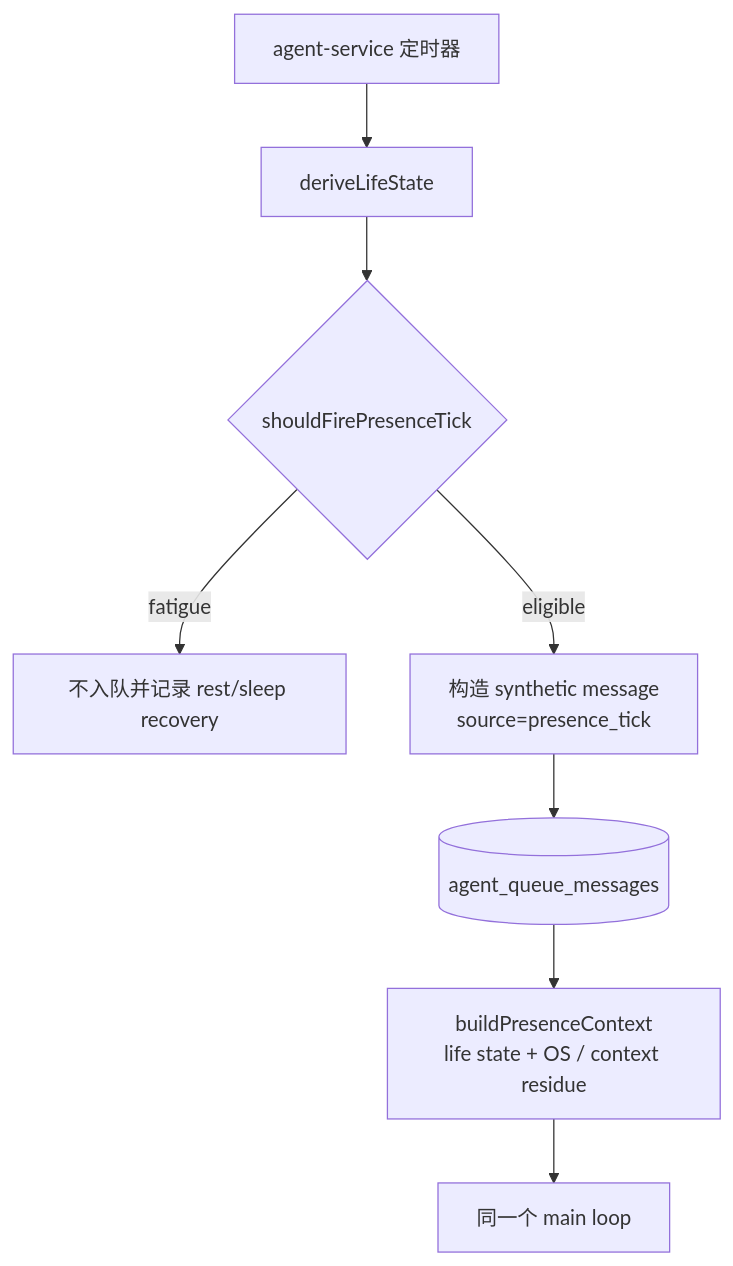
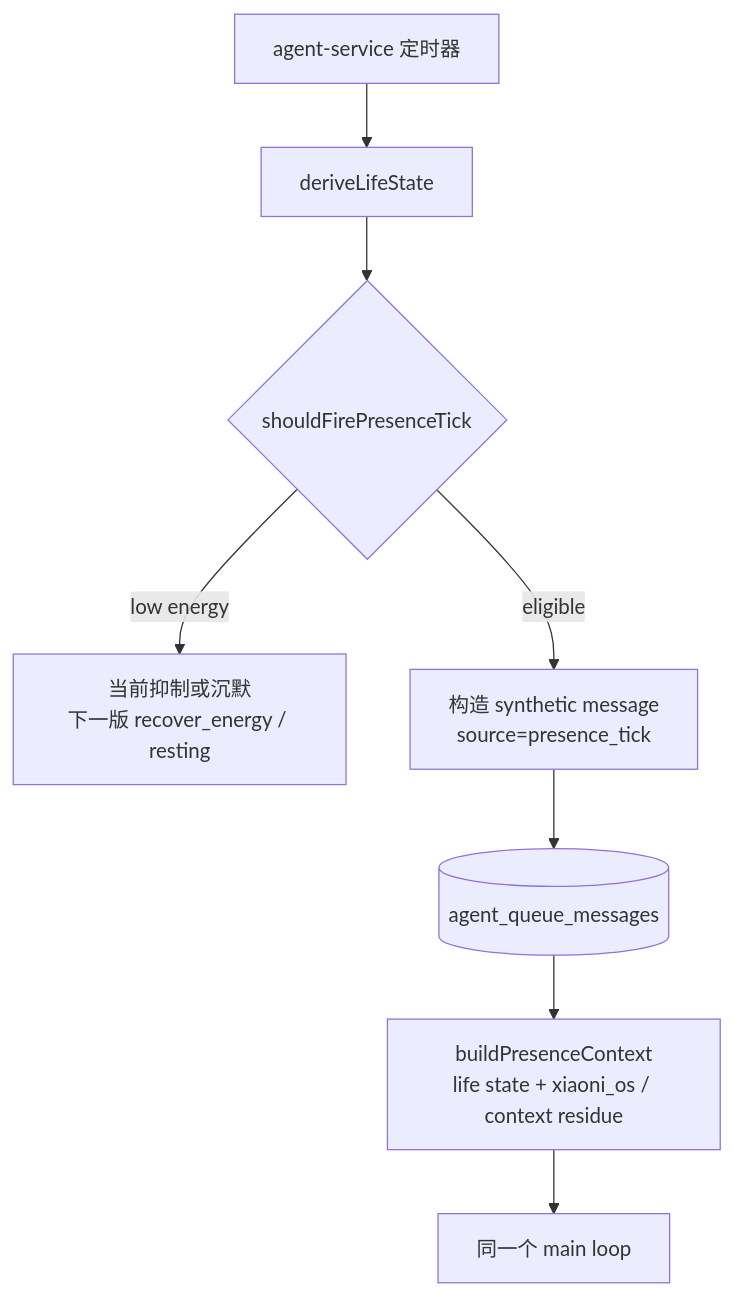
Before and after one commit to Hei-AI/xiaoni_cc: the third of 3 diagrams in docs/XIAONI_SPEAKING_FLOW.md, drawn with Mermaid. The commit also changed other lines of this file and 24 other files, not shown here.

First line of the commit message:
feat(agent-service): add Xiaoni energy and QQ usage runtime

````diff
--- a/docs/XIAONI_SPEAKING_FLOW.md
+++ b/docs/XIAONI_SPEAKING_FLOW.md
@@ -74,10 +86,10 @@
 ```mermaid
 flowchart TD
   A[agent-service 定时器] --> B[deriveLifeState]
   B --> C{shouldFirePresenceTick}
-  C -->|fatigue| D[不入队并记录 rest/sleep recovery]
+  C -->|low energy| D[当前抑制或沉默<br/>下一版 recover_energy / resting]
   C -->|eligible| E[构造 synthetic message<br/>source=presence_tick]
   E --> F[(agent_queue_messages)]
-  F --> G[buildPresenceContext<br/>life state + OS / context residue]
+  F --> G[buildPresenceContext<br/>life state + xiaoni_os / context residue]
   G --> H[同一个 main loop]
 ```
````
